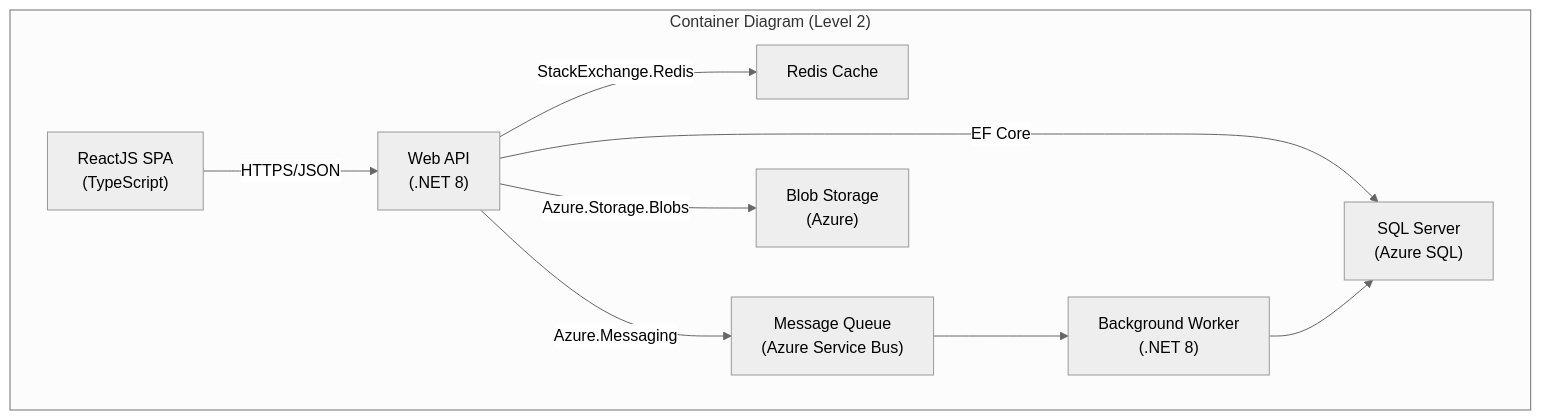
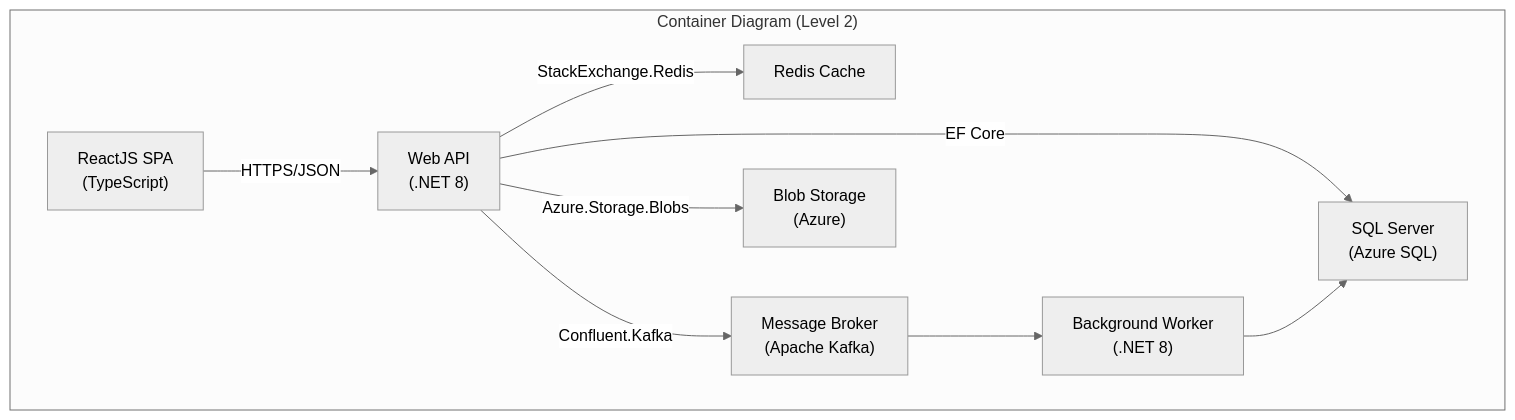
The fourth of 4 diagrams in docs/21-knowledge-base-strategy.md (canniatta/kiro-engineering-sop), drawn with Mermaid (neutral theme) before and after one commit.

Commit message:
docs: update Azure Service Bus references to Apache Kafka in container diagram

````diff
--- a/docs/21-knowledge-base-strategy.md
+++ b/docs/21-knowledge-base-strategy.md
@@ -456,20 +456,20 @@
 ```mermaid
 graph TB
     subgraph "Container Diagram (Level 2)"
         SPA["ReactJS SPA<br/>(TypeScript)"]
         API["Web API<br/>(.NET 8)"]
         DB["SQL Server<br/>(Azure SQL)"]
         Cache["Redis Cache"]
-        Queue["Message Queue<br/>(Azure Service Bus)"]
+        Queue["Message Broker<br/>(Apache Kafka)"]
         Worker["Background Worker<br/>(.NET 8)"]
         Blob["Blob Storage<br/>(Azure)"]
         
         SPA -->|"HTTPS/JSON"| API
         API -->|"EF Core"| DB
         API -->|"StackExchange.Redis"| Cache
-        API -->|"Azure.Messaging"| Queue
+        API -->|"Confluent.Kafka"| Queue
         Queue --> Worker
         Worker --> DB
         API -->|"Azure.Storage.Blobs"| Blob
     end
 ```
````
